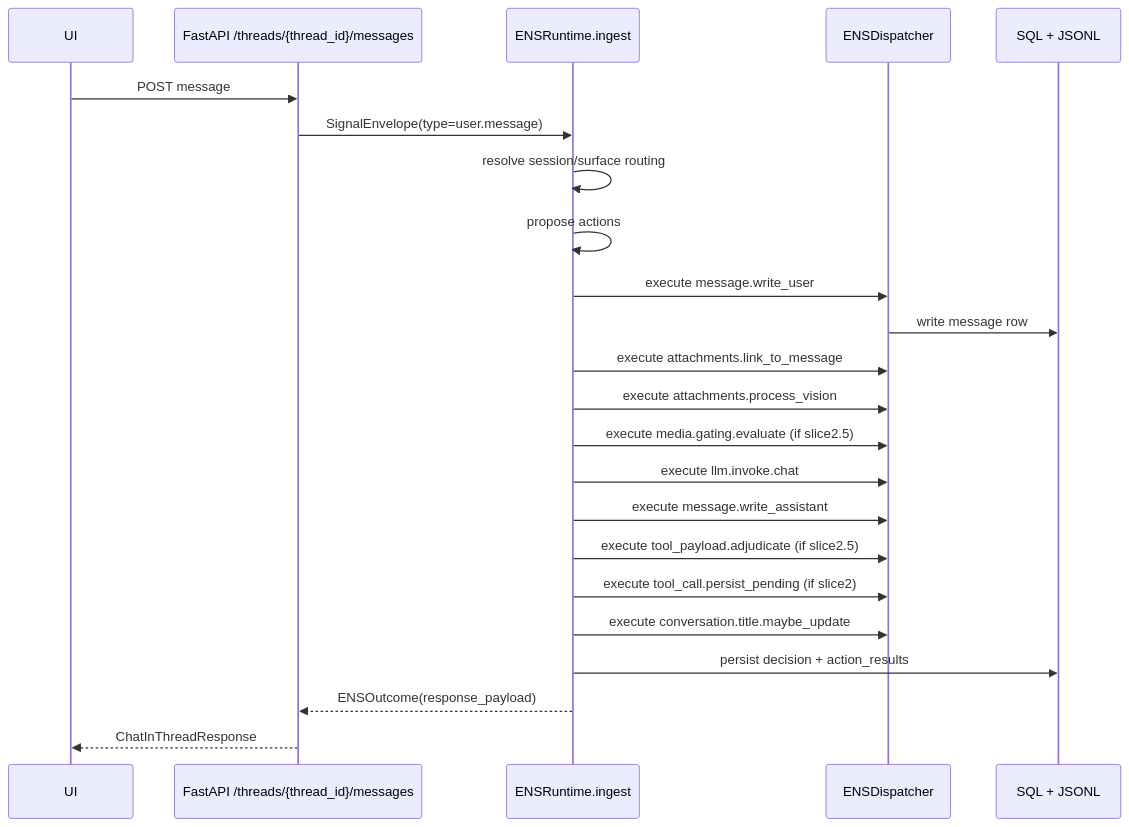
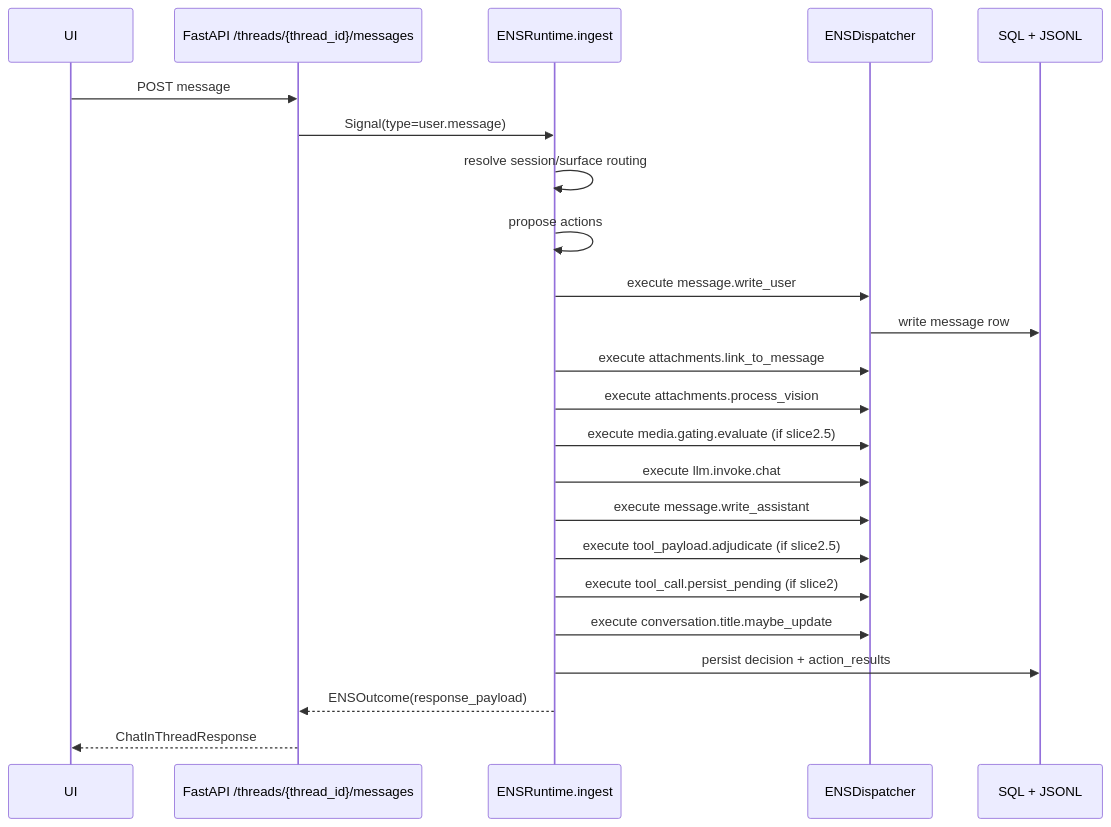
Before and after one commit to whatsthisaithing/chorus-engine: the first of 2 diagrams in Documentation/Design/ENS_DESIGN.md, drawn with Mermaid. The commit also changed other lines of this file and 16 other files, not shown here.

````diff
--- a/Documentation/Design/ENS_DESIGN.md
+++ b/Documentation/Design/ENS_DESIGN.md
@@ -117,26 +117,26 @@
 ```mermaid
 sequenceDiagram
     participant UI
     participant API as FastAPI /threads/{thread_id}/messages
     participant ENS as ENSRuntime.ingest
     participant DISP as ENSDispatcher
     participant DB as SQL + JSONL
 
     UI->>API: POST message
-    API->>ENS: SignalEnvelope(type=user.message)
+    API->>ENS: Signal(type=user.message)
     ENS->>ENS: resolve session/surface routing
     ENS->>ENS: propose actions
     ENS->>DISP: execute message.write_user
     DISP->>DB: write message row
     ENS->>DISP: execute attachments.link_to_message
     ENS->>DISP: execute attachments.process_vision
     ENS->>DISP: execute media.gating.evaluate (if slice2.5)
     ENS->>DISP: execute llm.invoke.chat
     ENS->>DISP: execute message.write_assistant
     ENS->>DISP: execute tool_payload.adjudicate (if slice2.5)
     ENS->>DISP: execute tool_call.persist_pending (if slice2)
     ENS->>DISP: execute conversation.title.maybe_update
     ENS->>DB: persist decision + action_results
     ENS-->>API: ENSOutcome(response_payload)
     API-->>UI: ChatInThreadResponse
 ```
````
